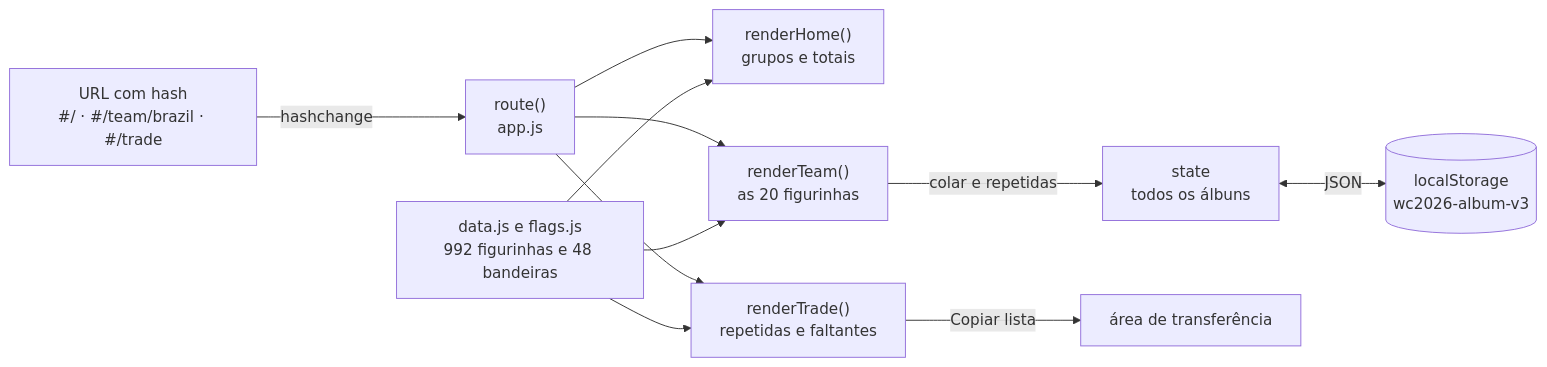
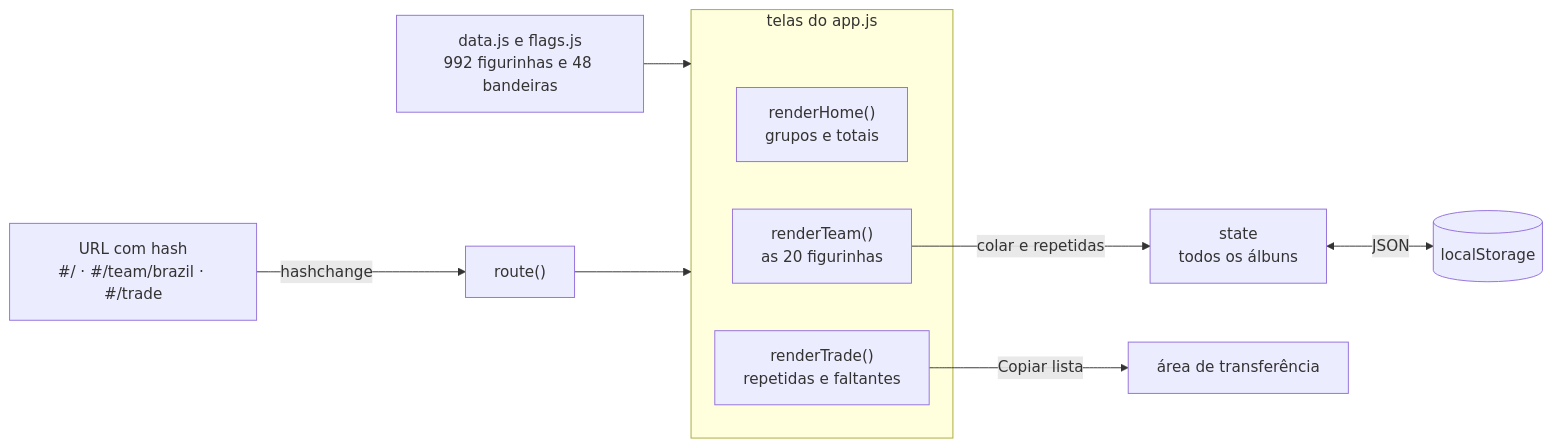
The diagram in README.md (IsaacGomes260653/Album-da-copa), drawn with Mermaid before and after one commit.

Commit message:
docs: diagrama da arquitetura com as telas agrupadas, sem linhas cruzadas

````diff
--- a/README.md
+++ b/README.md
@@ -98,11 +98,14 @@
 ```mermaid
 flowchart LR
-    U["URL com hash<br/>#/ · #/team/brazil · #/trade"] -->|"hashchange"| R["route()<br/>app.js"]
-    R --> H["renderHome()<br/>grupos e totais"]
-    R --> T["renderTeam()<br/>as 20 figurinhas"]
-    R --> X["renderTrade()<br/>repetidas e faltantes"]
-    D["data.js e flags.js<br/>992 figurinhas e 48 bandeiras"] --> H & T & X
+    U["URL com hash<br/>#/ · #/team/brazil · #/trade"] -->|"hashchange"| R["route()"]
+    D["data.js e flags.js<br/>992 figurinhas e 48 bandeiras"] --> telas
+    R --> telas
+    subgraph telas["telas do app.js"]
+        H["renderHome()<br/>grupos e totais"]
+        T["renderTeam()<br/>as 20 figurinhas"]
+        X["renderTrade()<br/>repetidas e faltantes"]
+    end
     T -->|"colar e repetidas"| S["state<br/>todos os álbuns"]
-    S <-->|"JSON"| L[("localStorage<br/>wc2026-album-v3")]
+    S <-->|"JSON"| L[("localStorage")]
     X -->|"Copiar lista"| C["área de transferência"]
 ```
````
